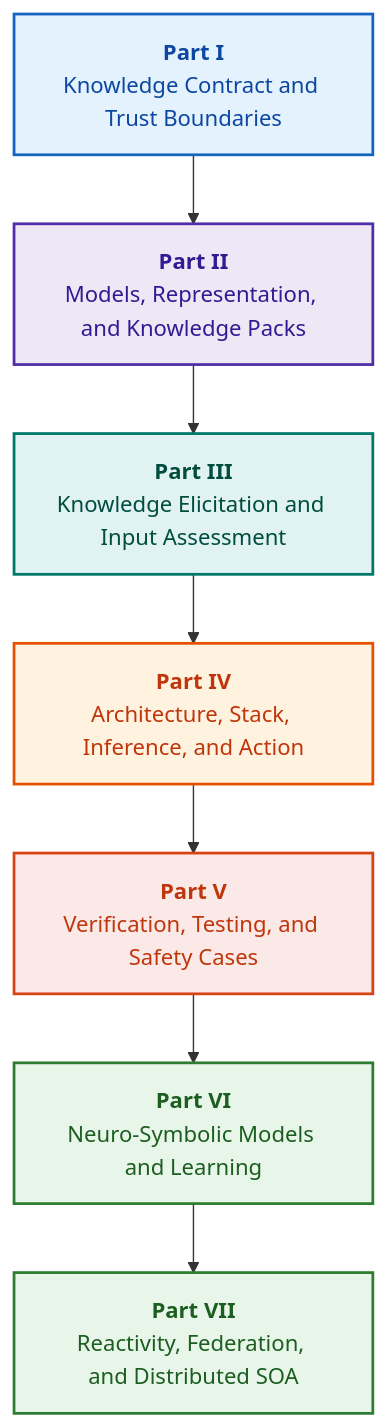
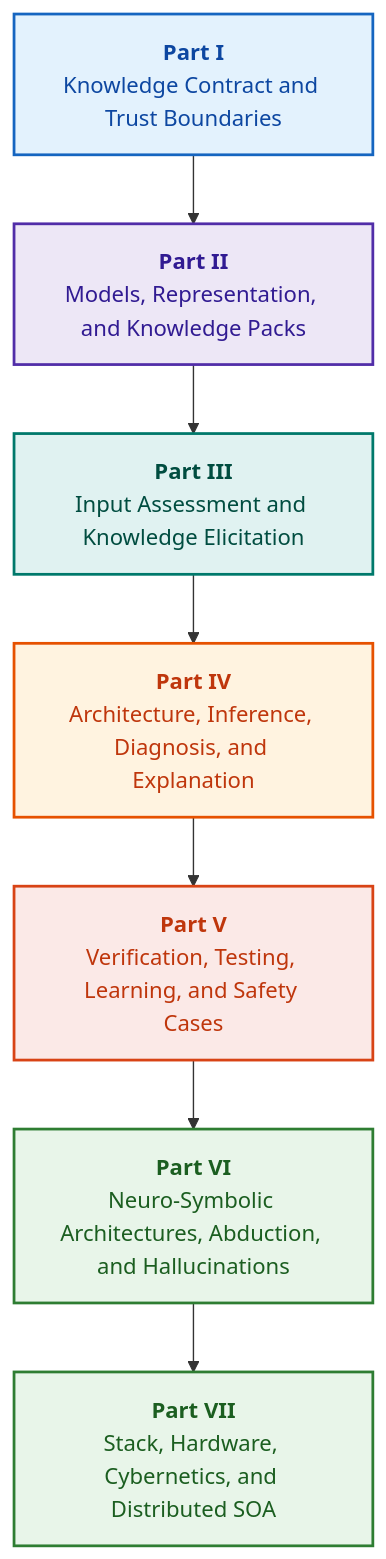
Before and after one commit to nick-fedchik/articles: the diagram in ExpertSystem/translations/en/README.md, drawn with Mermaid. The commit also changed other lines of this file and 174 other files, not shown here.

Commit message:
refactor(structure): reorganize monograph into canonical topological order across Parts III-VII

````diff
--- a/ExpertSystem/translations/en/README.md
+++ b/ExpertSystem/translations/en/README.md
@@ -182,26 +182,26 @@
 ```mermaid
 flowchart TD
     accTitle: Book Structure and Part Interconnections
-    accDescr: Seven thematic parts: knowledge contract, representation, elicitation, architecture and action, verification and safety, neuro-symbolics and learning, runtime and distributed SOA.
+    accDescr: Seven thematic parts: knowledge contract, representation, input assessment and elicitation, architecture and inference, verification and learning, neuro-symbolics and abduction, runtime and distributed SOA.
 
     P1["<b>Part I</b><br/>Knowledge Contract and Trust Boundaries"] --> P2["<b>Part II</b><br/>Models, Representation, and Knowledge Packs"]
-    P2 --> P3["<b>Part III</b><br/>Knowledge Elicitation and Input Assessment"]
-    P3 --> P4["<b>Part IV</b><br/>Architecture, Stack, Inference, and Action"]
-    P4 --> P5["<b>Part V</b><br/>Verification, Testing, and Safety Cases"]
-    P5 --> P6["<b>Part VI</b><br/>Neuro-Symbolic Models and Learning"]
-    P6 --> P7["<b>Part VII</b><br/>Reactivity, Federation, and Distributed SOA"]
+    P2 --> P3["<b>Part III</b><br/>Input Assessment and Knowledge Elicitation"]
+    P3 --> P4["<b>Part IV</b><br/>Architecture, Inference, Diagnosis, and Explanation"]
+    P4 --> P5["<b>Part V</b><br/>Verification, Testing, Learning, and Safety Cases"]
+    P5 --> P6["<b>Part VI</b><br/>Neuro-Symbolic Architectures, Abduction, and Hallucinations"]
+    P6 --> P7["<b>Part VII</b><br/>Stack, Hardware, Cybernetics, and Distributed SOA"]
 
     classDef p1 fill:#e3f2fd,stroke:#1565c0,stroke-width:2px,color:#0d47a1;
     classDef p2 fill:#ede7f6,stroke:#512da8,stroke-width:2px,color:#311b92;
     classDef p3 fill:#e0f2f1,stroke:#00796b,stroke-width:2px,color:#004d40;
     classDef p4 fill:#fff3e0,stroke:#e65100,stroke-width:2px,color:#bf360c;
     classDef p5 fill:#fbe9e7,stroke:#d84315,stroke-width:2px,color:#bf360c;
     classDef p6 fill:#e8f5e9,stroke:#2e7d32,stroke-width:2px,color:#1b5e20;
 
     class P1 p1;
     class P2 p2;
     class P3 p3;
     class P4 p4;
     class P5 p5;
     class P6,P7 p6;
 ```
````
